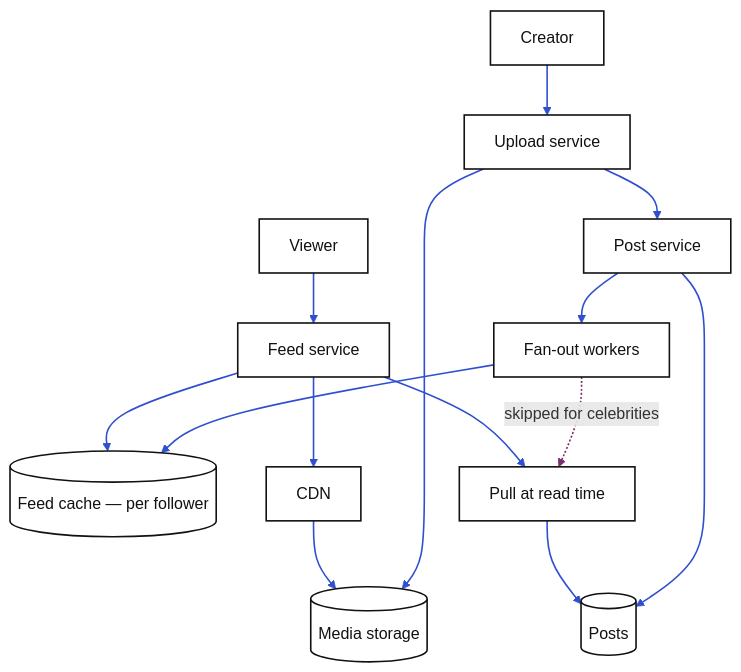
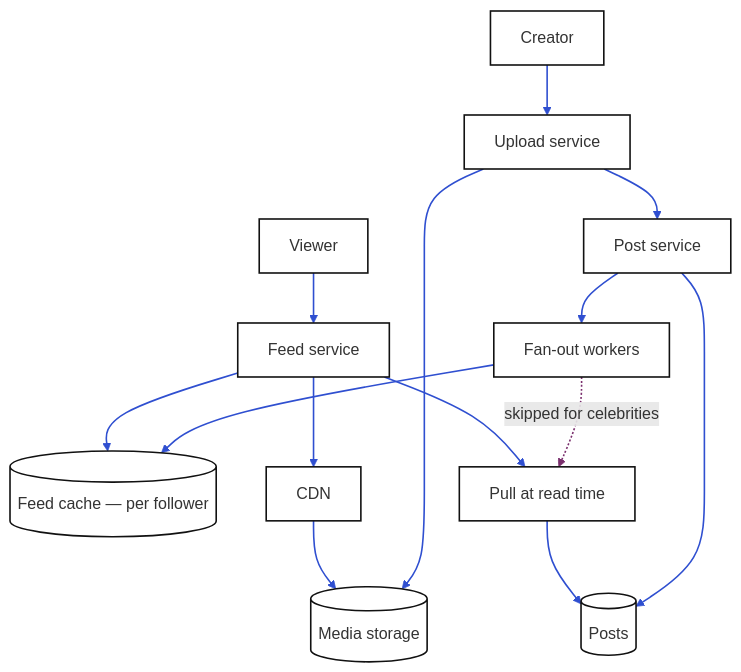
The diagram in diagrams-src/instagram/architecture.mmd (kkanakka/kkanakka.github.io), drawn with Mermaid before and after one commit. The commit also changed 115 other files, not shown here.

First line of the commit message:
Make architecture diagrams compact: LR, wide and short

```diff
--- a/diagrams-src/instagram/architecture.mmd
+++ b/diagrams-src/instagram/architecture.mmd
@@ -1,21 +1,21 @@
 %% section: Final design
 %% caption: Architecture
 flowchart TB
     C["Creator"] --> UP["Upload service"]
     UP --> OBJ[("Media storage")]
     UP --> POST["Post service"]
     POST --> PDB[("Posts")]
     POST --> FAN["Fan-out workers"]
     FAN --> FEED[("Feed cache — per follower")]
     FAN -. "skipped for celebrities" .-> SKIP["Pull at read time"]
     V["Viewer"] --> FS["Feed service"]
     FS --> FEED
     FS --> SKIP
     SKIP --> PDB
     FS --> CDN["CDN"]
     CDN --> OBJ
 %% --- style (generated by scripts/style-flowcharts.js) ---
-    classDef n fill:#ffffff,stroke:#111111,stroke-width:1.6px,color:#111111;
+    classDef n fill:#ffffff,stroke:#111111,stroke-width:1.6px;
     class C,UP,OBJ,POST,PDB,FAN,FEED,SKIP,V,FS,CDN n;
     linkStyle 0,1,2,3,4,5,7,8,9,10,11,12 stroke:#2f4fd0,stroke-width:1.6px;
     linkStyle 6 stroke:#7a2f6d,stroke-width:1.6px;
```
